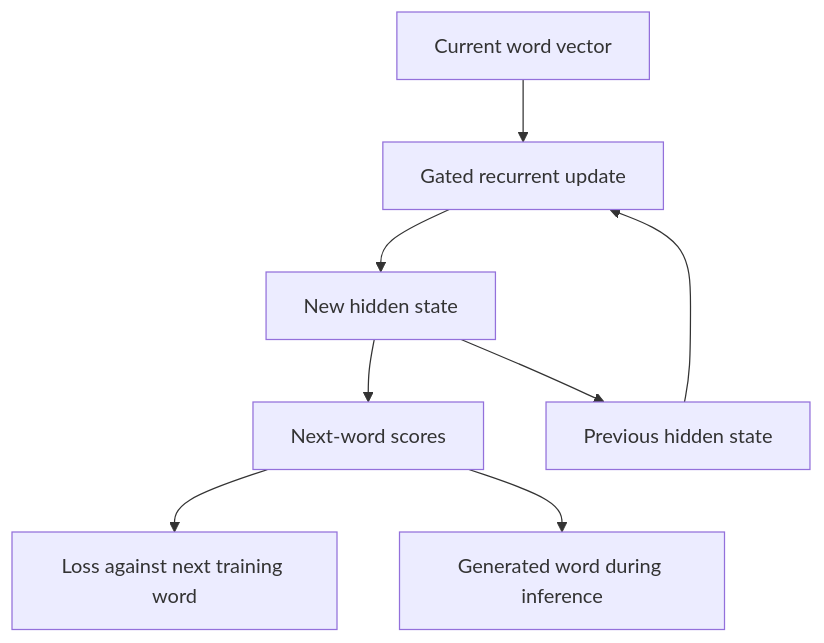
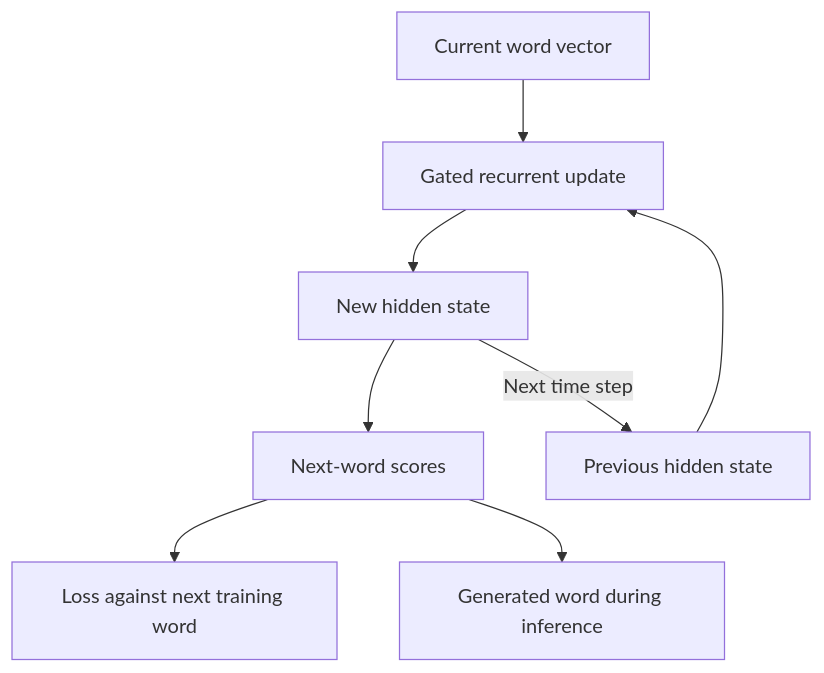
One commit to zelicerica/machine-learning-super-lab changed the first of 3 diagrams in course/Neural-Builds.md. Above: the diagram before and after it, drawn with Mermaid. The commit also changed 124 other files, not shown here.

````diff
--- a/course/Neural-Builds.md
+++ b/course/Neural-Builds.md
@@ -20,10 +20,10 @@
 ```mermaid
 flowchart TD
  W[Current word vector] --> G[Gated recurrent update]
  H[Previous hidden state] --> G
  G --> N[New hidden state]
  N --> P[Next-word scores]
- N --> H
+ N -->|Next time step| H
  P --> L[Loss against next training word]
  P --> O[Generated word during inference]
 ```
````
